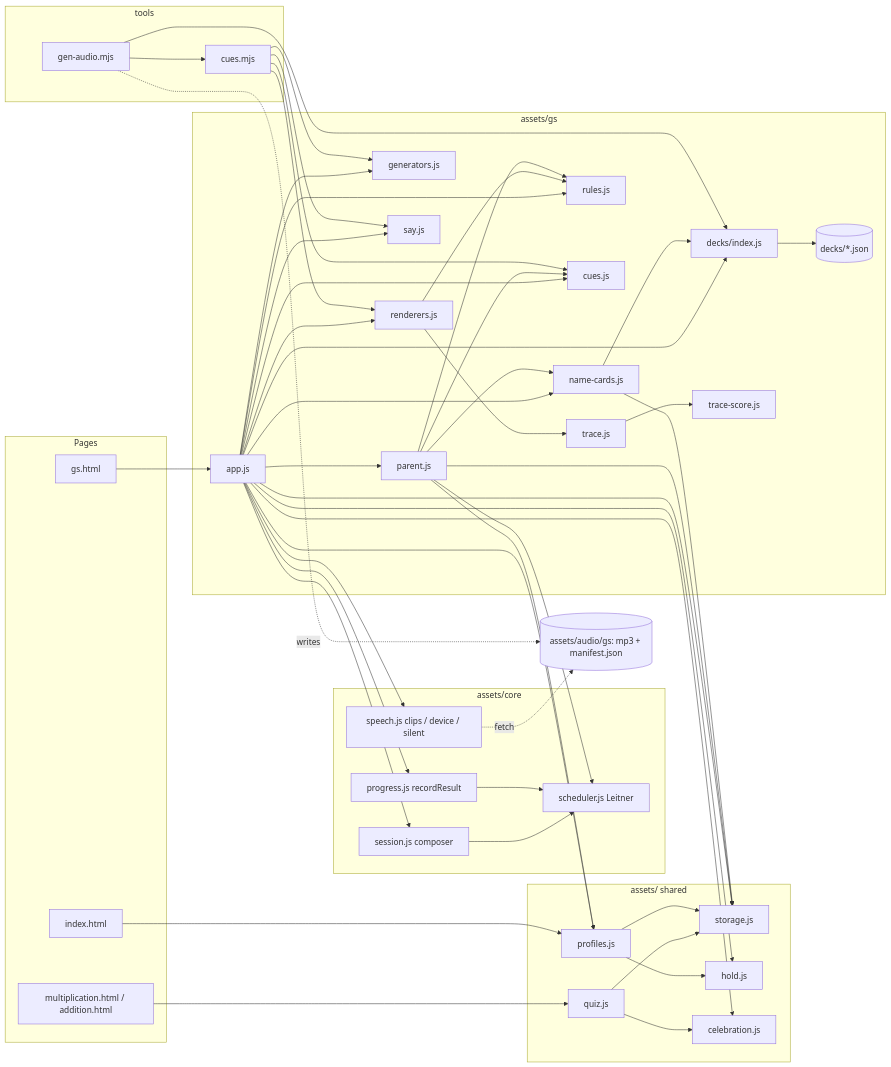
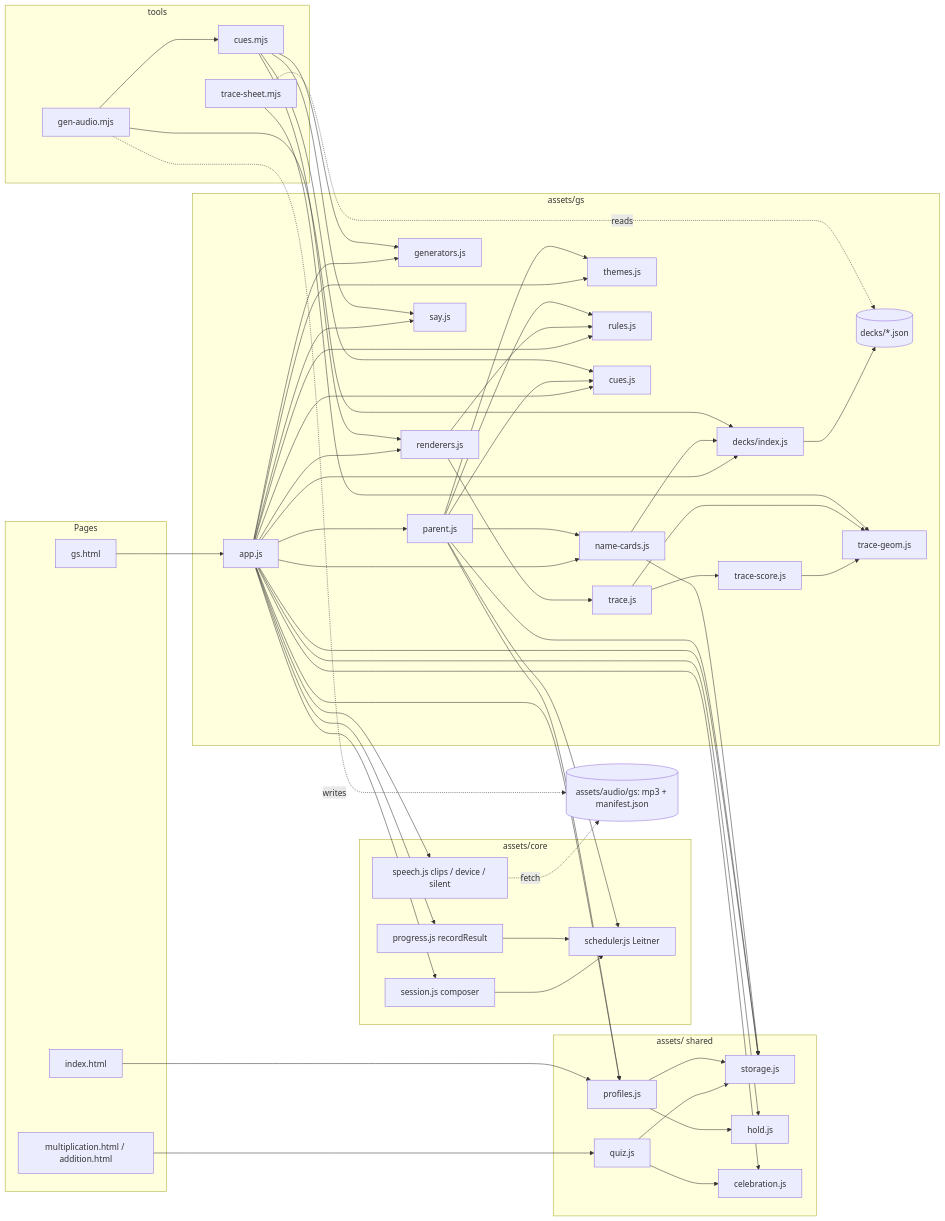
One commit to plsgard/school changed the third of 10 diagrams in ARCHITECTURE.md. Above: the diagram before and after it, drawn with Mermaid. The commit also changed other lines of this file and 3 other files, not shown here.

````diff
--- a/ARCHITECTURE.md
+++ b/ARCHITECTURE.md
@@ -184,60 +194,66 @@
 ```mermaid
 flowchart LR
   subgraph pages [Pages]
     IDX[index.html]
     GSH[gs.html]
     MQ[multiplication.html / addition.html]
   end
   subgraph shared [assets/ shared]
     STO[storage.js]
     PROF[profiles.js]
     HOLD[hold.js]
     CEL[celebration.js]
     QZ[quiz.js]
   end
   subgraph core [assets/core]
     SCH[scheduler.js Leitner]
     SES[session.js composer]
     PRG[progress.js recordResult]
     SPK[speech.js clips / device / silent]
   end
   subgraph gs [assets/gs]
     APP[app.js]
     PAR[parent.js]
     DK[decks/index.js]
     DJ[(decks/*.json)]
     GEN[generators.js]
     RND[renderers.js]
     TR[trace.js]
     TS[trace-score.js]
+    TG[trace-geom.js]
+    TH[themes.js]
     RUL[rules.js]
     CUE[cues.js]
     SAY[say.js]
     NC[name-cards.js]
   end
   CLIPS[(assets/audio/gs: mp3 + manifest.json)]
   subgraph tools [tools]
     GA[gen-audio.mjs] --> TC[cues.mjs]
+    TSH[trace-sheet.mjs]
   end
 
   IDX --> PROF
   MQ --> QZ --> STO
   QZ --> CEL
   GSH --> APP
   PROF --> STO
   PROF --> HOLD
   APP --> STO & PROF & HOLD & CEL
   APP --> SES & PRG & SPK
-  APP --> DK & GEN & RND & PAR & RUL & CUE & SAY & NC
+  APP --> DK & GEN & RND & PAR & RUL & CUE & SAY & NC & TH
   SES --> SCH
   PRG --> SCH
   DK --> DJ
-  RND --> TR --> TS
+  RND --> TR --> TS --> TG
+  TR --> TG
   RND --> RUL
-  PAR --> STO & PROF & SCH & RUL & CUE & NC
+  PAR --> STO & PROF & SCH & RUL & CUE & NC & TH
   NC --> STO & DK
   SPK -. fetch .-> CLIPS
   TC --> GEN & RND & CUE & SAY
   GA --> DK
   GA -. writes .-> CLIPS
+  TSH --> TG
+  TSH -. reads .-> DJ
 ```
````
